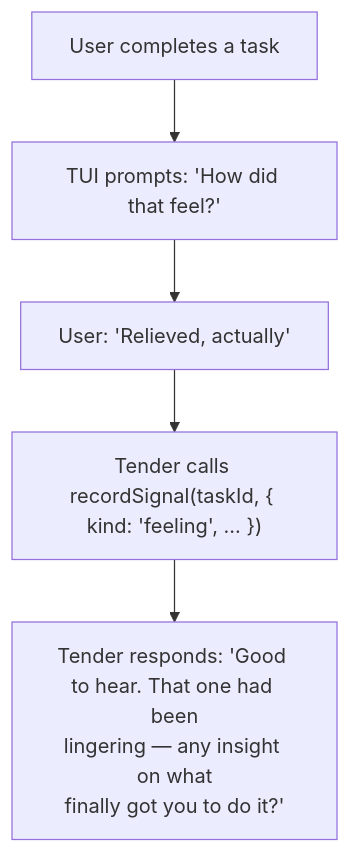
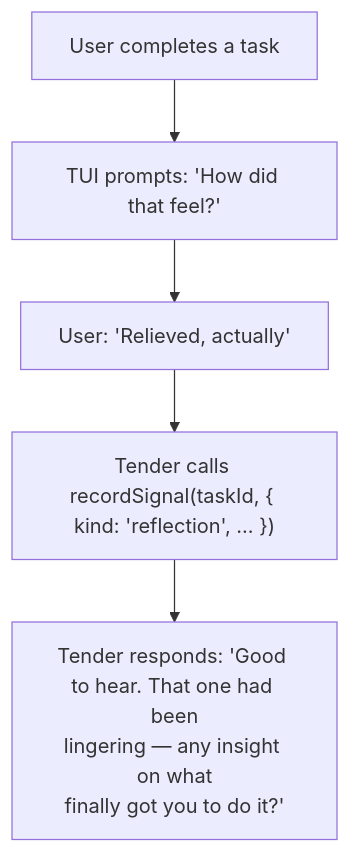
One commit to jamesarosen/tender changed the fifth of 6 diagrams in docs/0003-agent-architecture.md. Above: the diagram before and after it, drawn with Mermaid. The commit also changed other lines of this file and 13 other files, not shown here.

First line of the commit message:
feat(db): add initial schema and DB tests

````diff
--- a/docs/0003-agent-architecture.md
+++ b/docs/0003-agent-architecture.md
@@ -286,7 +286,7 @@
 ```mermaid
 flowchart TB
     A["User completes a task"] --> B["TUI prompts: 'How did that feel?'"]
     B --> C["User: 'Relieved, actually'"]
-    C --> D["Tender calls recordSignal(taskId, { kind: 'feeling', ... })"]
+    C --> D["Tender calls recordSignal(taskId, { kind: 'reflection', ... })"]
     D --> E["Tender responds: 'Good to hear. That one had been<br/>lingering — any insight on what<br/>finally got you to do it?'"]
 ```
````
